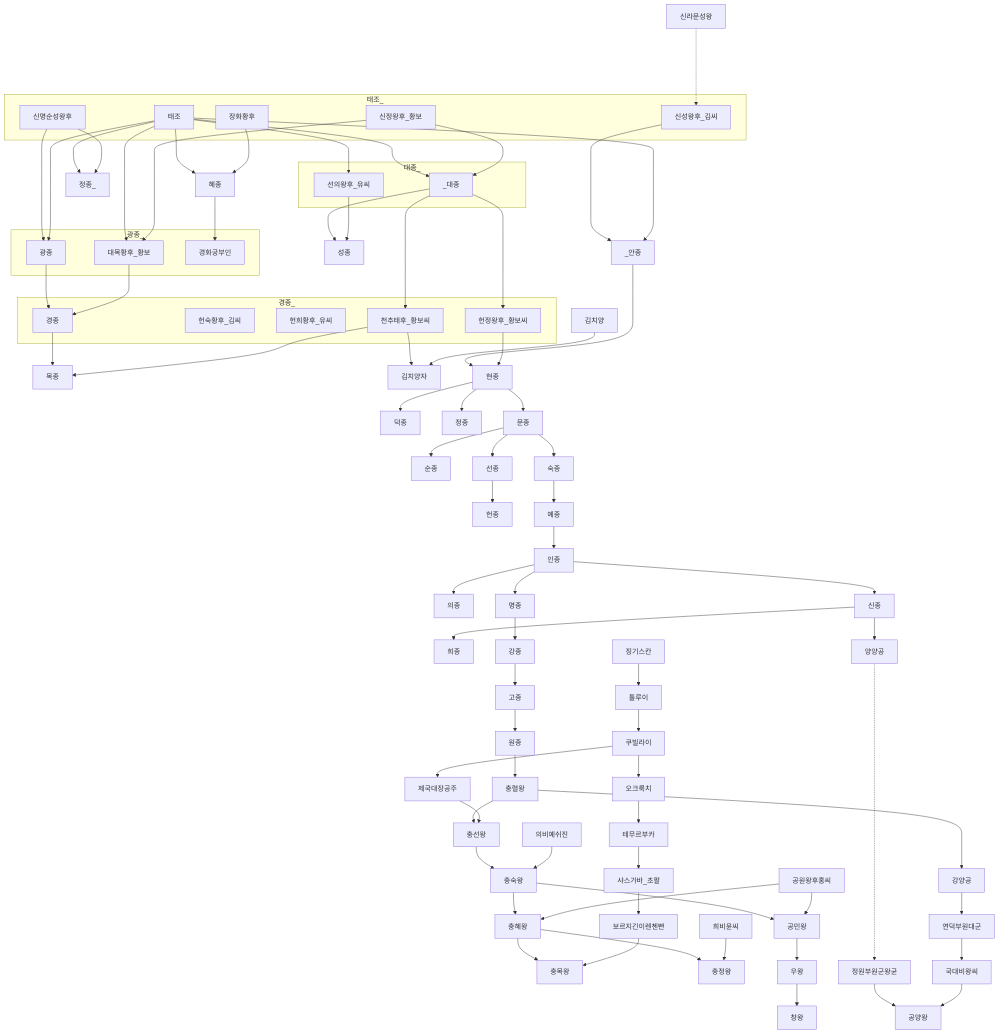
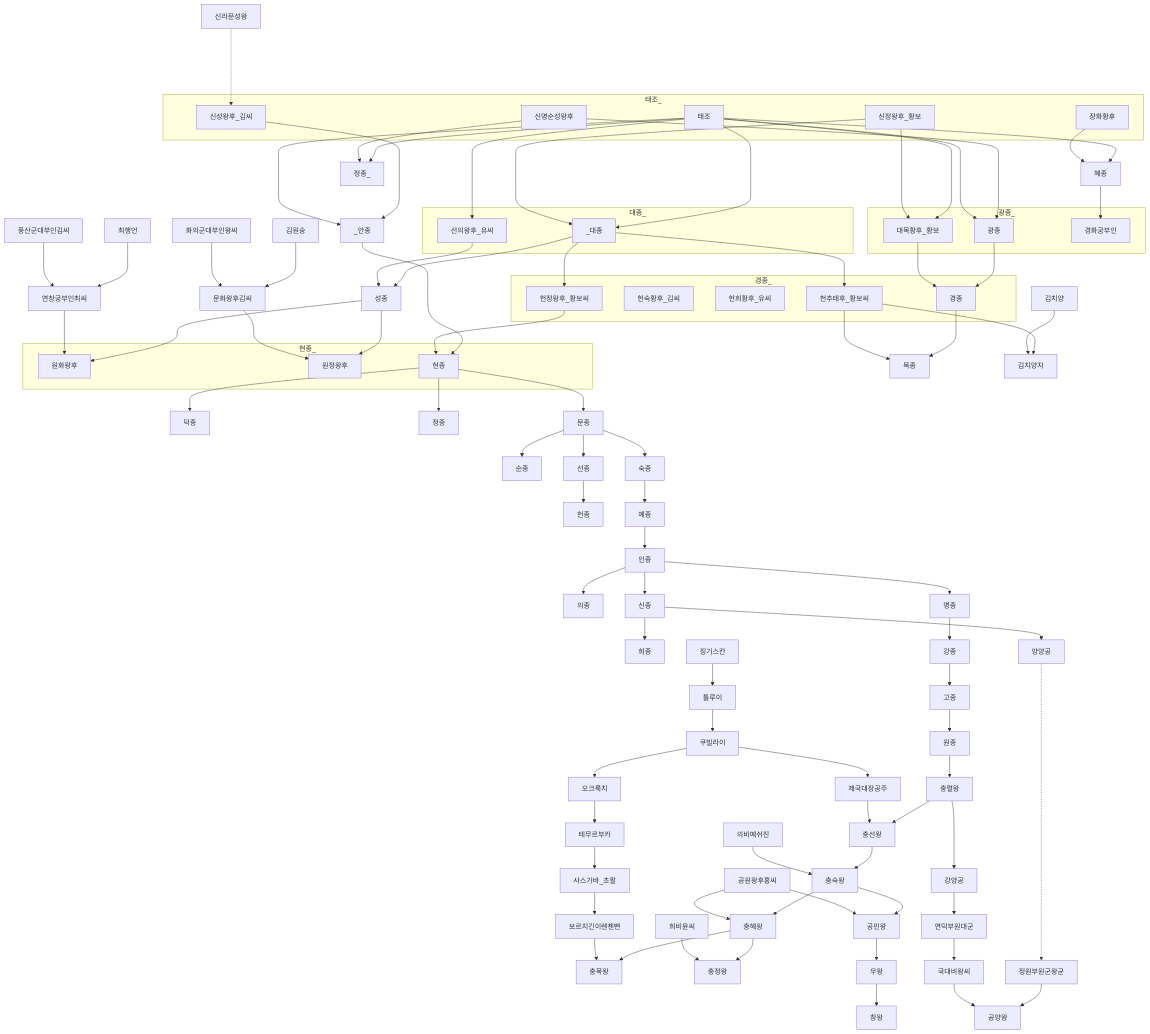
Before and after one commit to daewonyoon/historigram: the diagram in 한국사/고려왕조가계도_초기.md, drawn with Mermaid. The commit also changed 1 other file, not shown here.

```diff
--- a/한국사/고려왕조가계도_초기.md
+++ b/한국사/고려왕조가계도_초기.md
@@ -57,6 +57,19 @@
 
 신정왕후 --> _대종 --> 천추태후 --> 목종
 _대종 --> 헌정왕후
+
+성종 --> 원화왕후
+성종 --> 원정왕후
+김원숭 --> 문화왕후김씨
+화의군대부인왕씨 --> 문화왕후김씨
+문화왕후김씨 --> 원정왕후
+최행언 --> 연창궁부인최씨
+풍산군대부인김씨 --> 연창궁부인최씨 --> 원화왕후
+subgraph 현종_
+현종
+원화왕후
+원정왕후
+end
 태조 ---> _안종 --> 현종 --> 덕종
 헌정왕후 --> 현종 --> 정종
 현종 --> 문종 --> 순종
```
